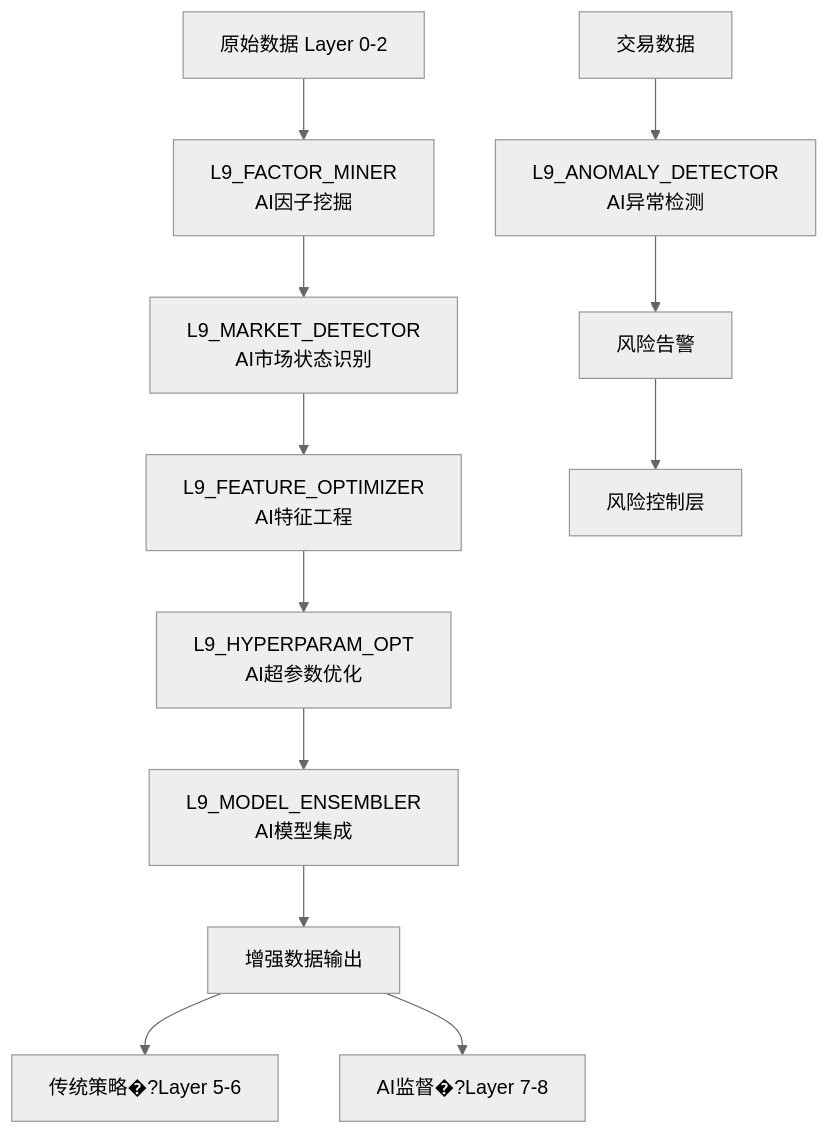
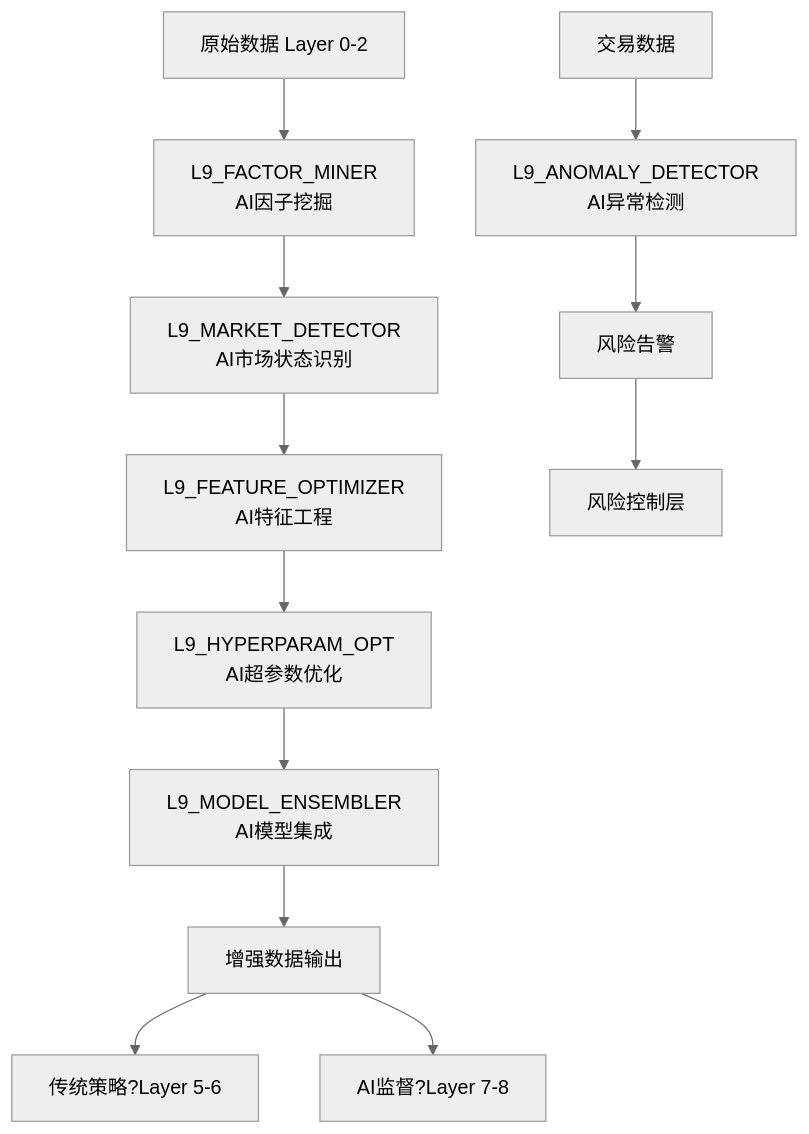
Before and after one commit to xuanFelixVan/ZephyrAlpha: the diagram in docs/05_IMPLEMENTATION/06_CONSTRUCTION_DOCS/01_BLUEPRINTS/AI_ENHANCEMENT_INTEGRATION_BLUEPRINT.md, drawn with Mermaid (neutral theme). The commit also changed other lines of this file and 381 other files, not shown here.

````diff
--- a/docs/05_IMPLEMENTATION/06_CONSTRUCTION_DOCS/01_BLUEPRINTS/AI_ENHANCEMENT_INTEGRATION_BLUEPRINT.md
+++ b/docs/05_IMPLEMENTATION/06_CONSTRUCTION_DOCS/01_BLUEPRINTS/AI_ENHANCEMENT_INTEGRATION_BLUEPRINT.md
@@ -77,15 +83,15 @@
 ```mermaid
 graph TD
     A[原始数据 Layer 0-2] --> B[L9_FACTOR_MINER<br/>AI因子挖掘]
     B --> C[L9_MARKET_DETECTOR<br/>AI市场状态识别]
     C --> D[L9_FEATURE_OPTIMIZER<br/>AI特征工程]
     D --> E[L9_HYPERPARAM_OPT<br/>AI超参数优化]
     E --> F[L9_MODEL_ENSEMBLER<br/>AI模型集成]
     F --> G[增强数据输出]
-    G --> H[传统策略�?Layer 5-6]
-    G --> I[AI监督�?Layer 7-8]
+    G --> H[传统策略?Layer 5-6]
+    G --> I[AI监督?Layer 7-8]
     
     J[交易数据] --> K[L9_ANOMALY_DETECTOR<br/>AI异常检测]
     K --> L[风险告警]
     L --> M[风险控制层]
 ```
````
